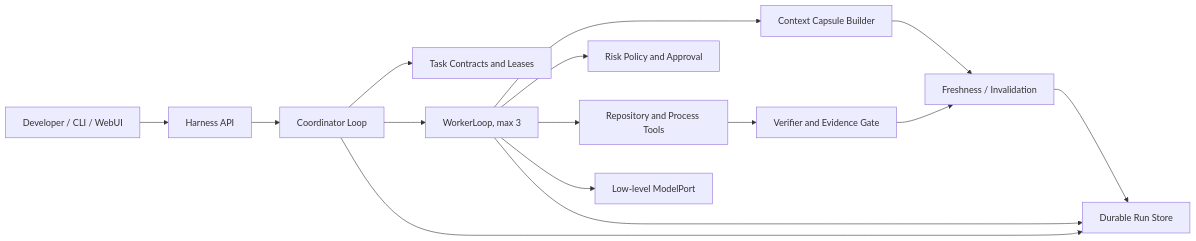
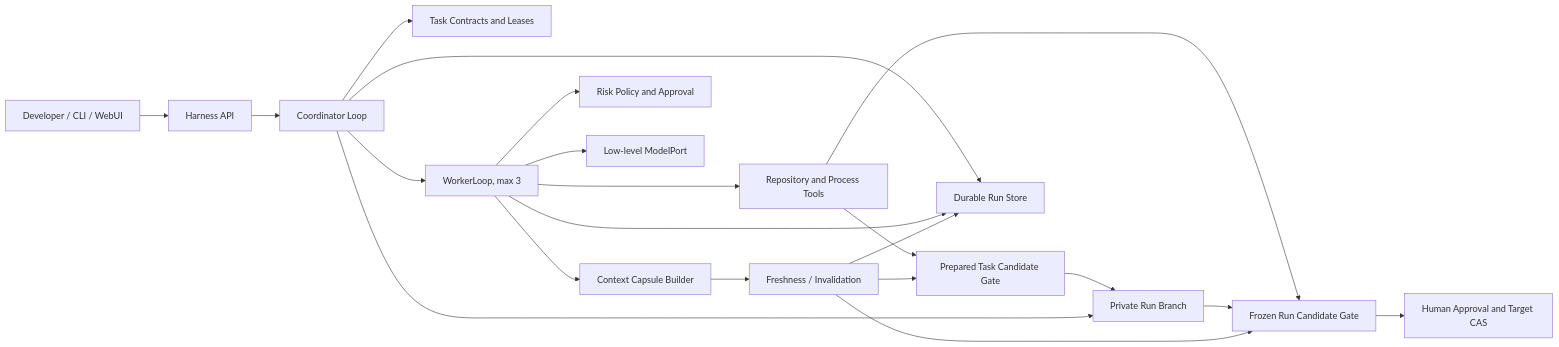
The diagram in docs/architecture/system-overview.md (Ztscream/ApexCrew), drawn with Mermaid before and after one commit. The commit also changed other lines of this file and 6 other files, not shown here.

````diff
--- a/docs/architecture/system-overview.md
+++ b/docs/architecture/system-overview.md
@@ -9,17 +9,23 @@
 ```mermaid
 flowchart LR
     USER["Developer / CLI / WebUI"] --> API["Harness API"]
     API --> COORD["Coordinator Loop"]
     COORD --> BOARD["Task Contracts and Leases"]
     COORD --> WORKER["WorkerLoop, max 3"]
     WORKER --> CONTEXT["Context Capsule Builder"]
     WORKER --> POLICY["Risk Policy and Approval"]
     WORKER --> TOOLS["Repository and Process Tools"]
     WORKER --> MODEL["Low-level ModelPort"]
-    TOOLS --> EVIDENCE["Verifier and Evidence Gate"]
+    TOOLS --> TASKGATE["Prepared Task Candidate Gate"]
+    TOOLS --> RUNGATE["Frozen Run Candidate Gate"]
+    TASKGATE --> RUNREF["Private Run Branch"]
+    RUNREF --> RUNGATE
+    RUNGATE --> APPROVE["Human Approval and Target CAS"]
     CONTEXT --> FRESH["Freshness / Invalidation"]
-    EVIDENCE --> FRESH
+    FRESH --> TASKGATE
+    FRESH --> RUNGATE
     COORD --> STORE["Durable Run Store"]
+    COORD --> RUNREF
     WORKER --> STORE
     FRESH --> STORE
 ```
````
